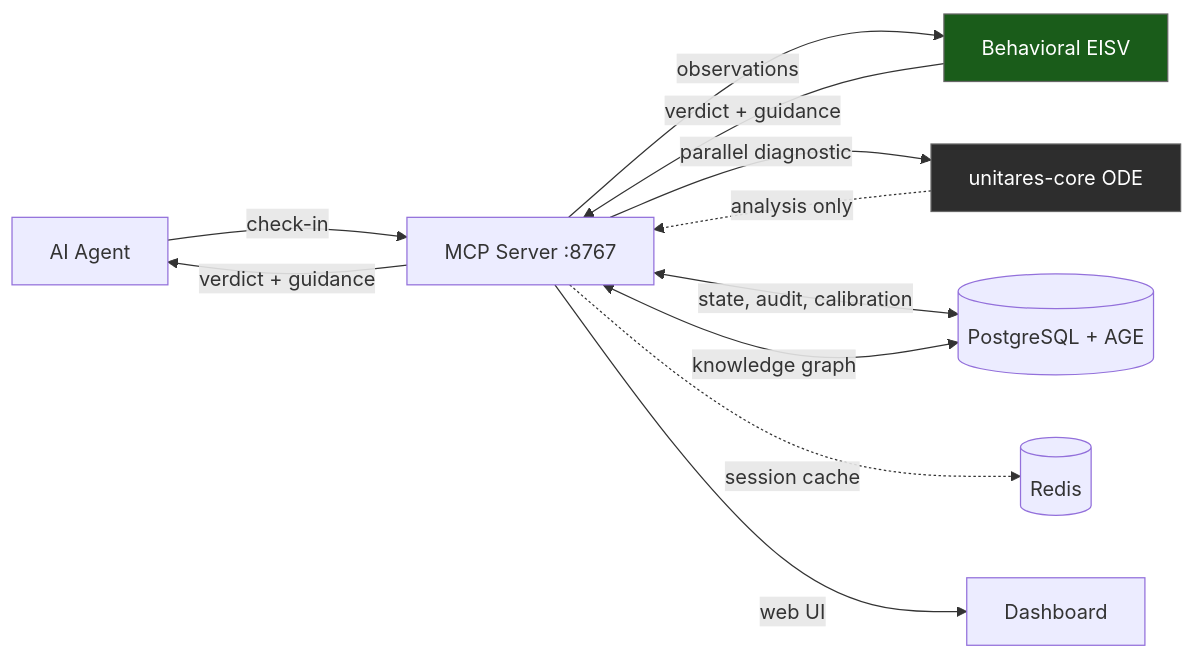
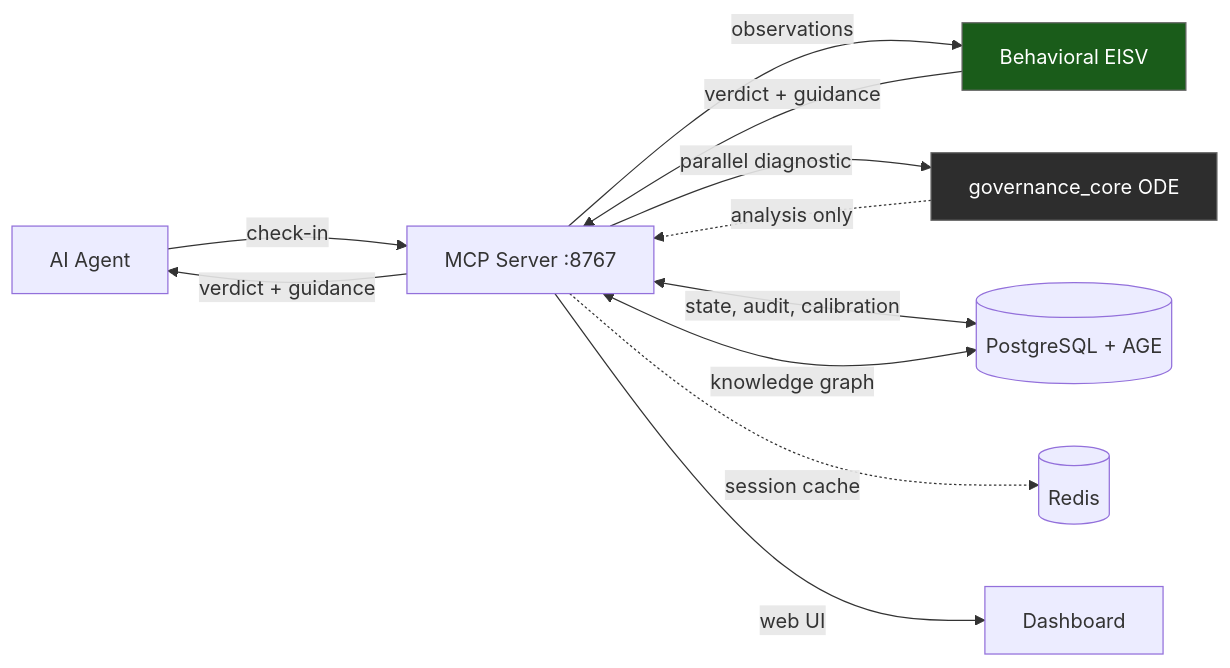
One commit to cirwel/unitares changed the diagram in README.md. Above: the diagram before and after it, drawn with Mermaid. The commit also changed other lines of this file and 5 other files, not shown here.

````diff
--- a/README.md
+++ b/README.md
@@ -279,16 +285,16 @@
 ```mermaid
 graph LR
     A[AI Agent] -->|check-in| M["MCP Server :8767"]
     M -->|observations| BS[Behavioral EISV]
     BS -->|"verdict + guidance"| M
-    M -->|parallel diagnostic| UC[unitares-core ODE]
+    M -->|parallel diagnostic| UC[governance_core ODE]
     UC -.->|analysis only| M
     M -->|"verdict + guidance"| A
     M <-->|"state, audit, calibration"| PG[("PostgreSQL + AGE")]
     M <-->|knowledge graph| PG
     M -.->|session cache| R[(Redis)]
     M -->|web UI| D[Dashboard]
 
     style BS fill:#1a5c1a,stroke:#666,color:#fff
     style UC fill:#2d2d2d,stroke:#666,color:#fff
 ```
````
